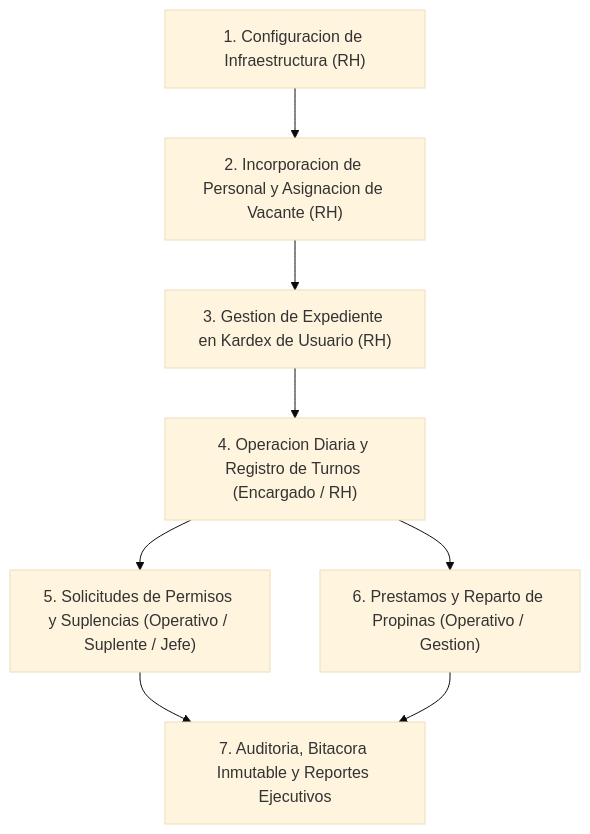
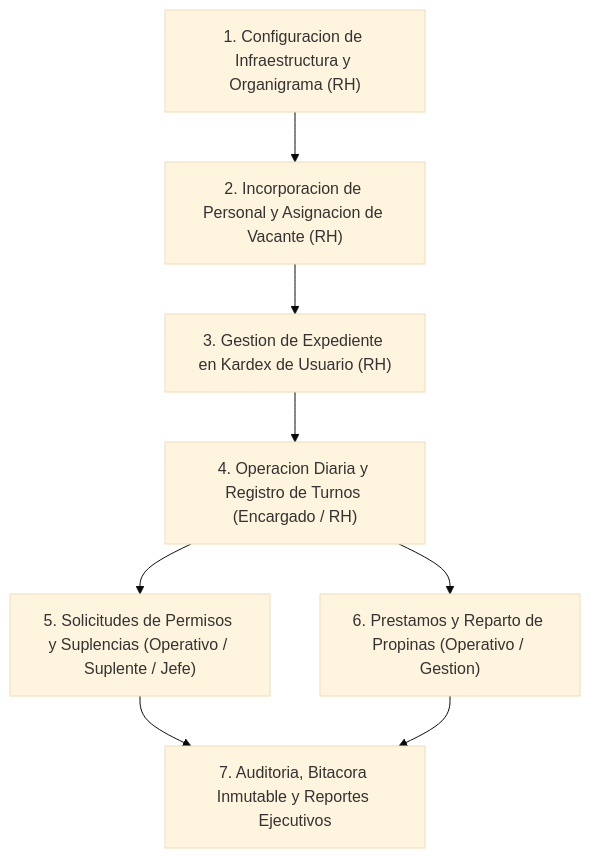
One commit to ShotOz-Code/api_padron changed the third of 4 diagrams in MANUAL_TECNICO_Y_FLUJO.md. Above: the diagram before and after it, drawn with Mermaid (base theme). The commit also changed other lines of this file and 21 other files, not shown here.

First line of the commit message:
feat: implementar organigrama informativo por vacante ocupada, actualizar credenciales iniciales y limpiar mensajes de interfaz

````diff
--- a/MANUAL_TECNICO_Y_FLUJO.md
+++ b/MANUAL_TECNICO_Y_FLUJO.md
@@ -145,10 +145,10 @@
 ```mermaid
 flowchart TD
-    A["1. Configuracion de Infraestructura (RH)"] --> B["2. Incorporacion de Personal y Asignacion de Vacante (RH)"]
+    A["1. Configuracion de Infraestructura y Organigrama (RH)"] --> B["2. Incorporacion de Personal y Asignacion de Vacante (RH)"]
     B --> C["3. Gestion de Expediente en Kardex de Usuario (RH)"]
     C --> D["4. Operacion Diaria y Registro de Turnos (Encargado / RH)"]
     D --> E["5. Solicitudes de Permisos y Suplencias (Operativo / Suplente / Jefe)"]
     D --> F["6. Prestamos y Reparto de Propinas (Operativo / Gestion)"]
     E --> G["7. Auditoria, Bitacora Inmutable y Reportes Ejecutivos"]
     F --> G
 ```
````
